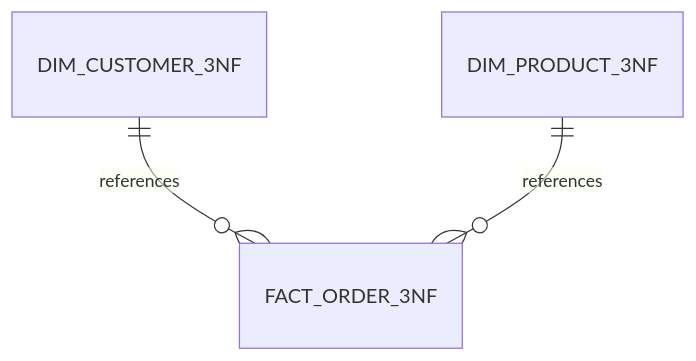
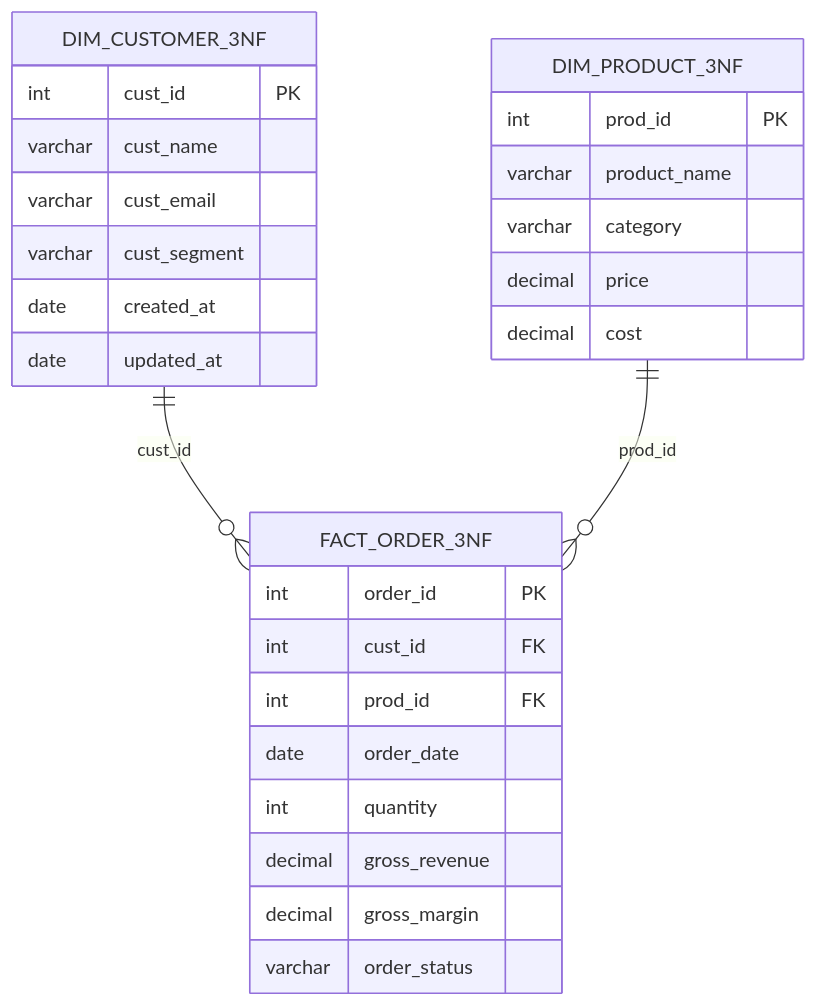
One commit to mkarkour/ModelFlow changed the second of 3 diagrams in modeling_walkthrough.md. Above: the diagram before and after it, drawn with Mermaid. The commit also changed other lines of this file and 3 other files, not shown here.

````diff
--- a/modeling_walkthrough.md
+++ b/modeling_walkthrough.md
@@ -29,5 +156,30 @@
 ```mermaid
 erDiagram
-    DIM_CUSTOMER_3NF ||--o{ FACT_ORDER_3NF : "references"
-    DIM_PRODUCT_3NF ||--o{ FACT_ORDER_3NF : "references"
+    DIM_CUSTOMER_3NF {
+        int     cust_id     PK
+        varchar cust_name
+        varchar cust_email
+        varchar cust_segment
+        date    created_at
+        date    updated_at
+    }
+    DIM_PRODUCT_3NF {
+        int     prod_id     PK
+        varchar product_name
+        varchar category
+        decimal price
+        decimal cost
+    }
+    FACT_ORDER_3NF {
+        int     order_id    PK
+        int     cust_id     FK
+        int     prod_id     FK
+        date    order_date
+        int     quantity
+        decimal gross_revenue
+        decimal gross_margin
+        varchar order_status
+    }
+    DIM_CUSTOMER_3NF ||--o{ FACT_ORDER_3NF : "cust_id"
+    DIM_PRODUCT_3NF  ||--o{ FACT_ORDER_3NF : "prod_id"
 ```
````
